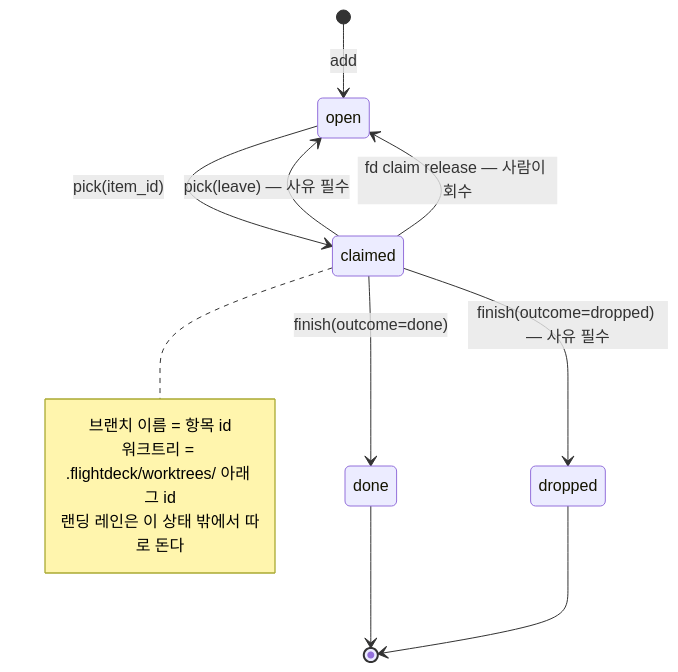
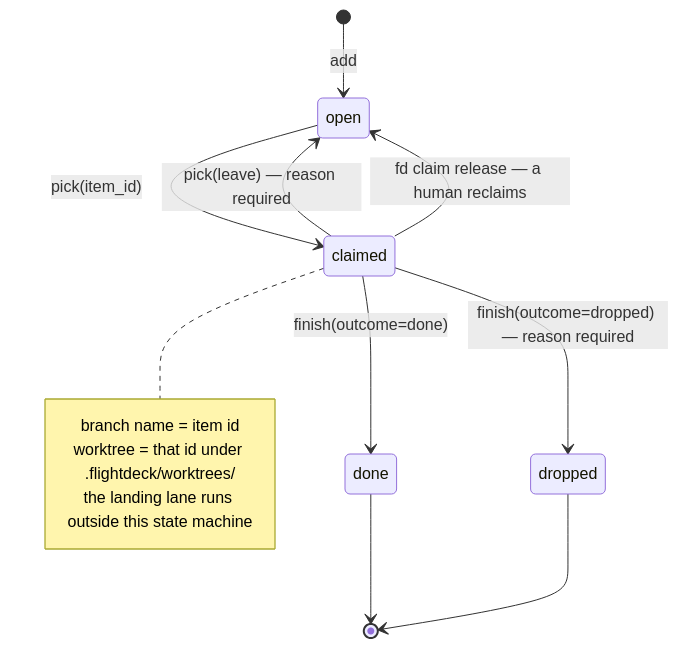
One commit to Kweiza/kweiza-cc-plugins changed the second of 2 diagrams in plugins/flightdeck/README.md. Above: the diagram before and after it, drawn with Mermaid. The commit also changed other lines of this file and 12 other files, not shown here.

````diff
--- a/plugins/flightdeck/README.md
+++ b/plugins/flightdeck/README.md
@@ -190,17 +215,17 @@
 ```mermaid
 stateDiagram-v2
     [*] --> open: add
     open --> claimed: pick(item_id)
-    claimed --> open: pick(leave) — 사유 필수
-    claimed --> open: fd claim release — 사람이 회수
+    claimed --> open: pick(leave) — reason required
+    claimed --> open: fd claim release — a human reclaims
     claimed --> done: finish(outcome=done)
-    claimed --> dropped: finish(outcome=dropped) — 사유 필수
+    claimed --> dropped: finish(outcome=dropped) — reason required
     done --> [*]
     dropped --> [*]
 
     note right of claimed
-        브랜치 이름 = 항목 id
-        워크트리 = .flightdeck/worktrees/ 아래 그 id
-        랜딩 레인은 이 상태 밖에서 따로 돈다
+        branch name = item id
+        worktree = that id under .flightdeck/worktrees/
+        the landing lane runs outside this state machine
     end note
 ```
````
